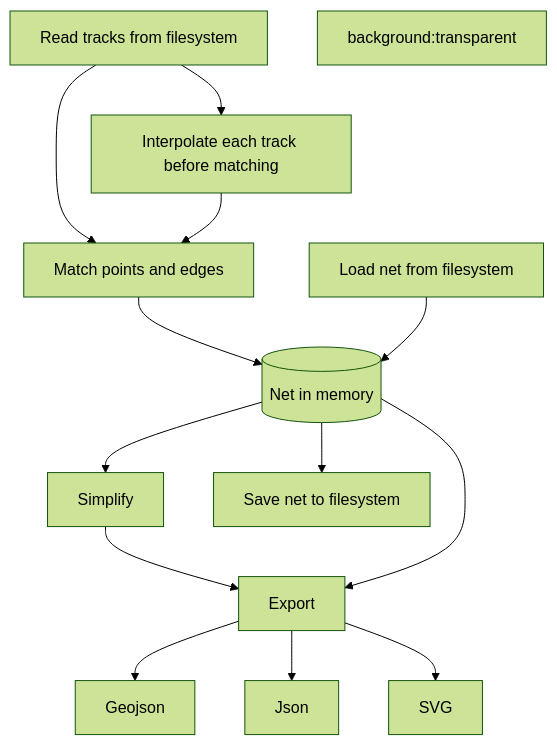
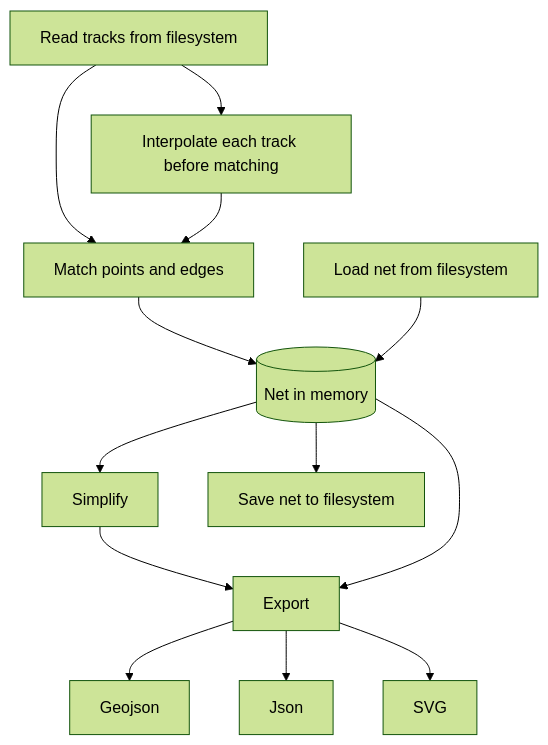
The diagram in README.md (mnezerka/geonet), drawn with Mermaid before and after one commit. The commit also changed other lines of this file, not shown here.

````diff
--- a/README.md
+++ b/README.md
@@ -21,20 +21,18 @@
 ```mermaid
 %%{init: {'theme':'forest'}}%%
 flowchart TD
   Read[Read tracks from filesystem] --> Match[Match points and edges]
   Read --> Interpolation[Interpolate each track before matching]
   Interpolation --> Match
   Match --> Geonet[(Net in memory)]
 
   Load[Load net from filesystem] --> Geonet
   Geonet --> Simplify
   Geonet --> Save[Save net to filesystem]
 
   Simplify --> Export
   Geonet --> Export
   Export --> Geojson
   Export --> Json
   Export --> SVG
-
-background:transparent
 ```
````
